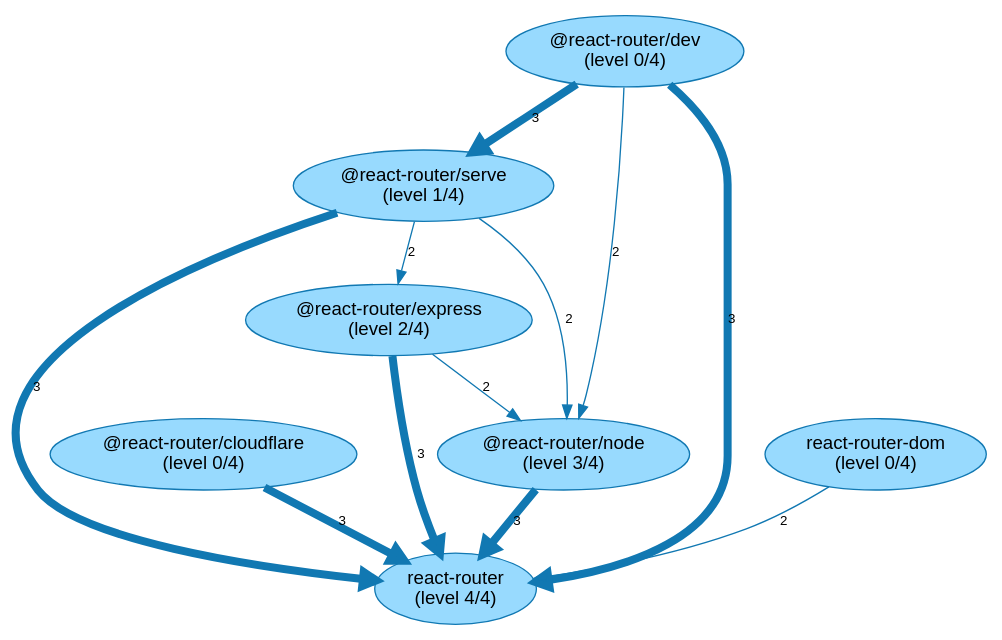
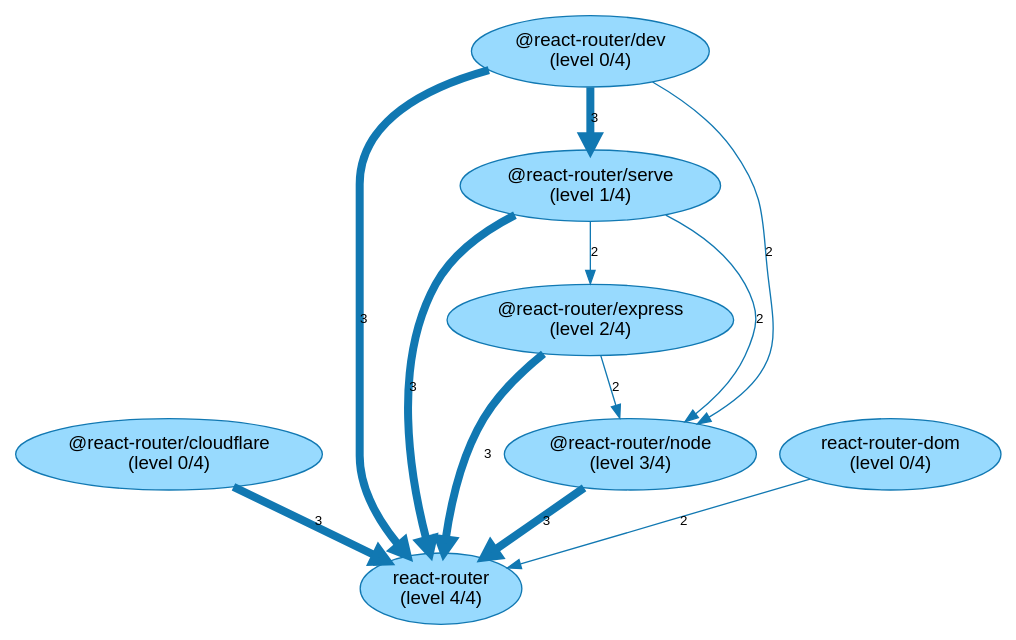
Before and after one commit to JohT/code-graph-analysis-examples: the diagram in analysis-results/react-router/react-router-7.18.4/internal-dependencies/NPM_NonDevPackage/Graph_Visualizations/NpmPackageBuildLevels.gv, drawn with Graphviz. The commit also changed other lines of this file and 327 other files, not shown here.

```diff
--- a/analysis-results/react-router/react-router-7.18.4/internal-dependencies/NPM_NonDevPackage/Graph_Visualizations/NpmPackageBuildLevels.gv
+++ b/analysis-results/react-router/react-router-7.18.4/internal-dependencies/NPM_NonDevPackage/Graph_Visualizations/NpmPackageBuildLevels.gv
@@ -1,21 +1,21 @@
 // This GraphViz dot file was generated by the script convertQueryResultCsvToGraphVizDotFile.sh with default.template
 
 strict digraph NpmPackageBuildLevels {
     fontname = "Helvetica,Arial,sans-serif";
     node [fontname = "Helvetica,Arial,sans-serif";];
     edge [fontname = "Helvetica,Arial,sans-serif"; fontsize = 10;];
     node [style = filled; fillcolor = "0.560 0.400 0.999";];
     node [color = "0.560 0.900 0.700";];
     edge [color = "0.560 0.900 0.700";];
+	"@react-router/cloudflare\n(level 0/4)" -> "react-router\n(level 4/4)" [label = 3; penwidth = 6.0; ];
+	"@react-router/dev\n(level 0/4)" -> "react-router\n(level 4/4)" [label = 3; penwidth = 6.0; ];
+	"@react-router/express\n(level 2/4)" -> "react-router\n(level 4/4)" [label = 3; penwidth = 6.0; ];
+	"@react-router/serve\n(level 1/4)" -> "react-router\n(level 4/4)" [label = 3; penwidth = 6.0; ];
 	"@react-router/node\n(level 3/4)" -> "react-router\n(level 4/4)" [label = 3; penwidth = 6.0; ];
-	"@react-router/cloudflare\n(level 0/4)" -> "react-router\n(level 4/4)" [label = 3; penwidth = 6.0; ];
-	"@react-router/serve\n(level 1/4)" -> "react-router\n(level 4/4)" [label = 3; penwidth = 6.0; ];
-	"@react-router/express\n(level 2/4)" -> "react-router\n(level 4/4)" [label = 3; penwidth = 6.0; ];
-	"@react-router/dev\n(level 0/4)" -> "react-router\n(level 4/4)" [label = 3; penwidth = 6.0; ];
 	"@react-router/dev\n(level 0/4)" -> "@react-router/serve\n(level 1/4)" [label = 3; penwidth = 6.0; ];
 	"react-router-dom\n(level 0/4)" -> "react-router\n(level 4/4)" [label = 2; penwidth = 1.0; ];
 	"@react-router/serve\n(level 1/4)" -> "@react-router/node\n(level 3/4)" [label = 2; penwidth = 1.0; ];
 	"@react-router/dev\n(level 0/4)" -> "@react-router/node\n(level 3/4)" [label = 2; penwidth = 1.0; ];
 	"@react-router/express\n(level 2/4)" -> "@react-router/node\n(level 3/4)" [label = 2; penwidth = 1.0; ];
 	"@react-router/serve\n(level 1/4)" -> "@react-router/express\n(level 2/4)" [label = 2; penwidth = 1.0; ];
 }
```
